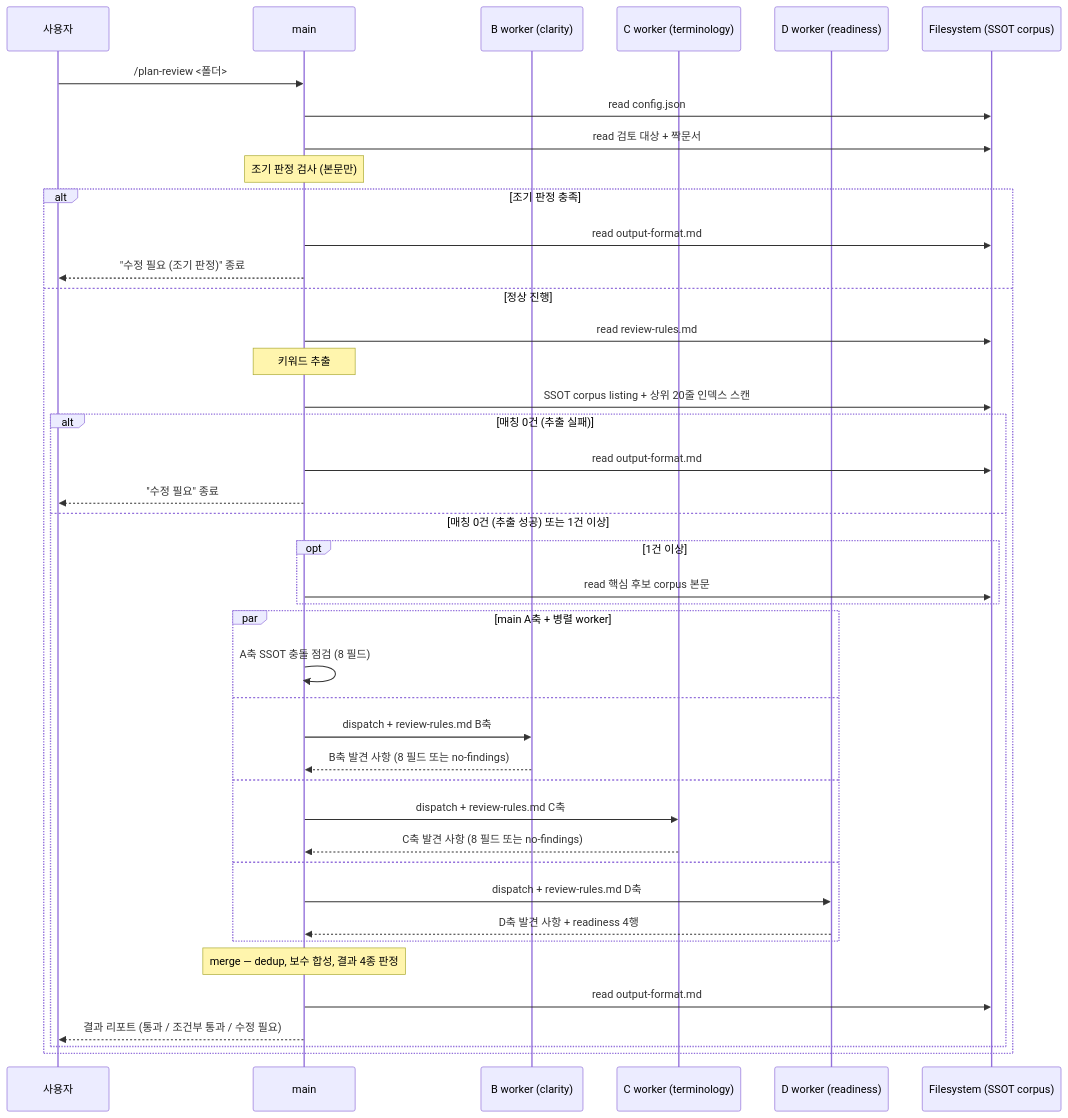
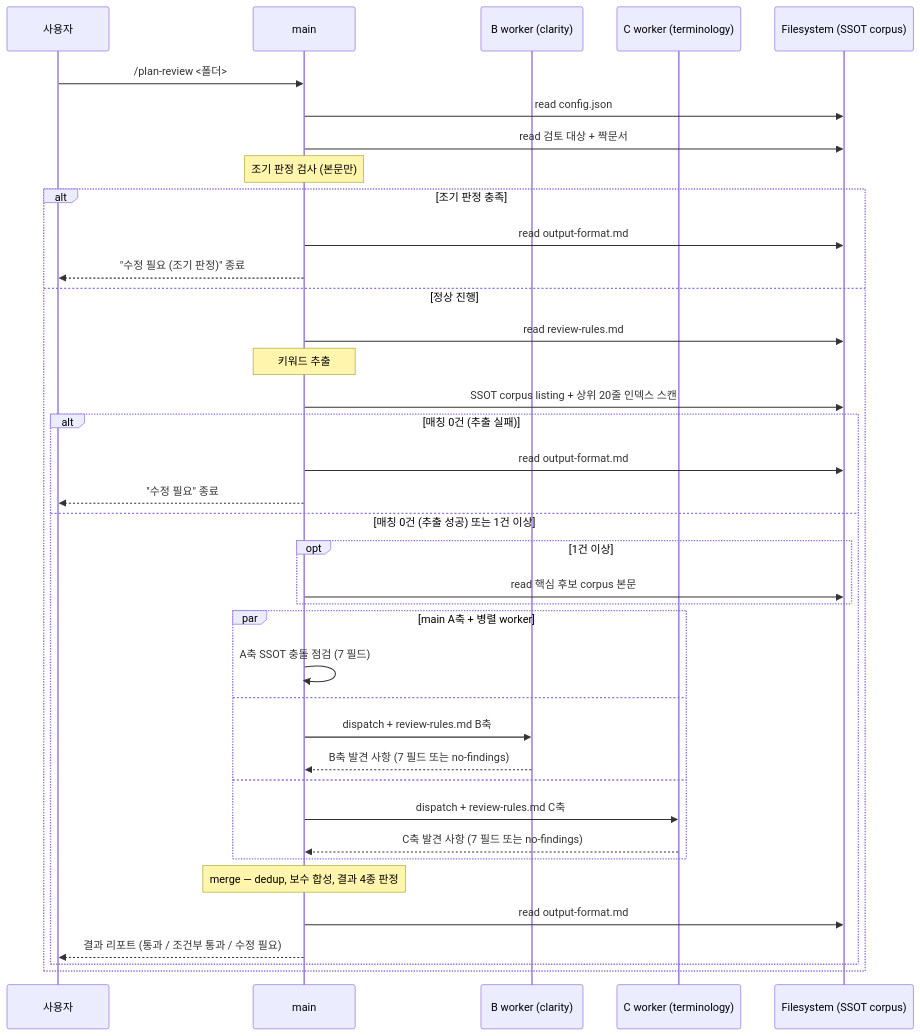
The second of 3 diagrams in product-team-kit/docs/skills-workflow-detail.md (inkwonjung-colosseum/plugins), drawn with Mermaid before and after one commit. The commit also changed other lines of this file and 23 other files, not shown here.

````diff
--- a/product-team-kit/docs/skills-workflow-detail.md
+++ b/product-team-kit/docs/skills-workflow-detail.md
@@ -196,47 +184,43 @@
 ```mermaid
 sequenceDiagram
     participant U as 사용자
     participant M as main
     participant B as B worker (clarity)
     participant C as C worker (terminology)
-    participant D as D worker (readiness)
     participant FS as Filesystem (SSOT corpus)
 
     U->>M: /plan-review <폴더>
     M->>FS: read config.json
     M->>FS: read 검토 대상 + 짝문서
     Note over M: 조기 판정 검사 (본문만)
     alt 조기 판정 충족
         M->>FS: read output-format.md
         M-->>U: "수정 필요 (조기 판정)" 종료
     else 정상 진행
         M->>FS: read review-rules.md
         Note over M: 키워드 추출
         M->>FS: SSOT corpus listing + 상위 20줄 인덱스 스캔
         alt 매칭 0건 (추출 실패)
             M->>FS: read output-format.md
             M-->>U: "수정 필요" 종료
         else 매칭 0건 (추출 성공) 또는 1건 이상
             opt 1건 이상
                 M->>FS: read 핵심 후보 corpus 본문
             end
 
             par main A축 + 병렬 worker
-                M->>M: A축 SSOT 충돌 점검 (8 필드)
+                M->>M: A축 SSOT 충돌 점검 (7 필드)
             and
                 M->>B: dispatch + review-rules.md B축
-                B-->>M: B축 발견 사항 (8 필드 또는 no-findings)
+                B-->>M: B축 발견 사항 (7 필드 또는 no-findings)
             and
                 M->>C: dispatch + review-rules.md C축
-                C-->>M: C축 발견 사항 (8 필드 또는 no-findings)
-            and
-                M->>D: dispatch + review-rules.md D축
-                D-->>M: D축 발견 사항 + readiness 4행
+                C-->>M: C축 발견 사항 (7 필드 또는 no-findings)
             end
 
             Note over M: merge — dedup, 보수 합성, 결과 4종 판정
             M->>FS: read output-format.md
             M-->>U: 결과 리포트 (통과 / 조건부 통과 / 수정 필요)
         end
     end
 ```
````
